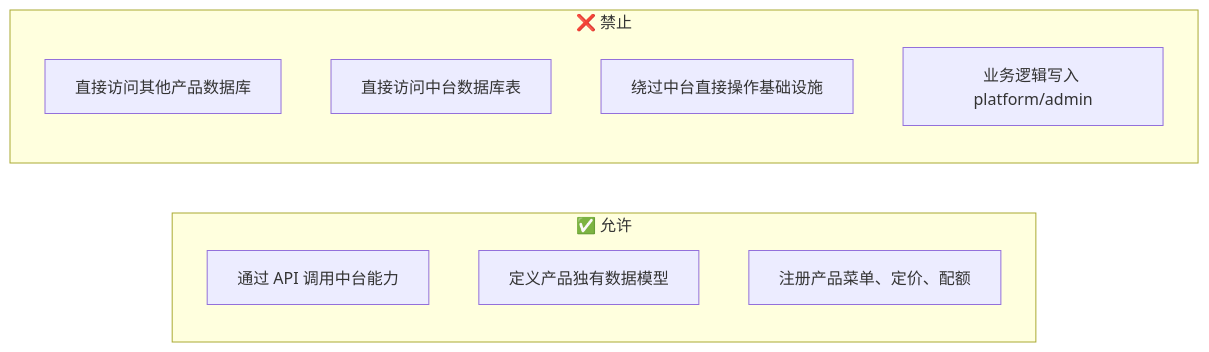
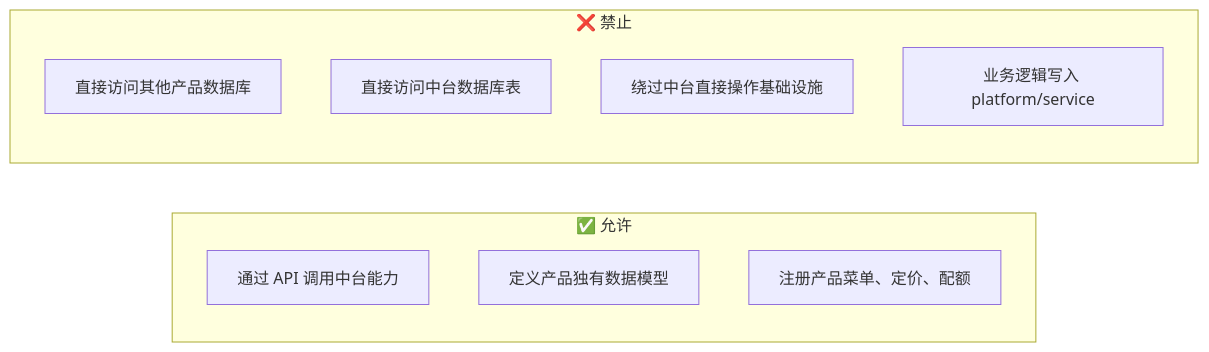
Before and after one commit to stack-haven/avmc: the second of 9 diagrams in docs/architecture/0-1-架构总览-平台分层设计.md, drawn with Mermaid. The commit also changed other lines of this file and 19 other files, not shown here.

````diff
--- a/docs/architecture/0-1-架构总览-平台分层设计.md
+++ b/docs/architecture/0-1-架构总览-平台分层设计.md
@@ -78,15 +79,15 @@
 ```mermaid
 flowchart LR
     subgraph Right["✅ 允许"]
         R1["通过 API 调用中台能力"]
         R2["定义产品独有数据模型"]
         R3["注册产品菜单、定价、配额"]
     end
 
     subgraph Wrong["❌ 禁止"]
         W1["直接访问其他产品数据库"]
         W2["直接访问中台数据库表"]
         W3["绕过中台直接操作基础设施"]
-        W4["业务逻辑写入 platform/admin"]
+        W4["业务逻辑写入 platform/service"]
     end
 ```
````
